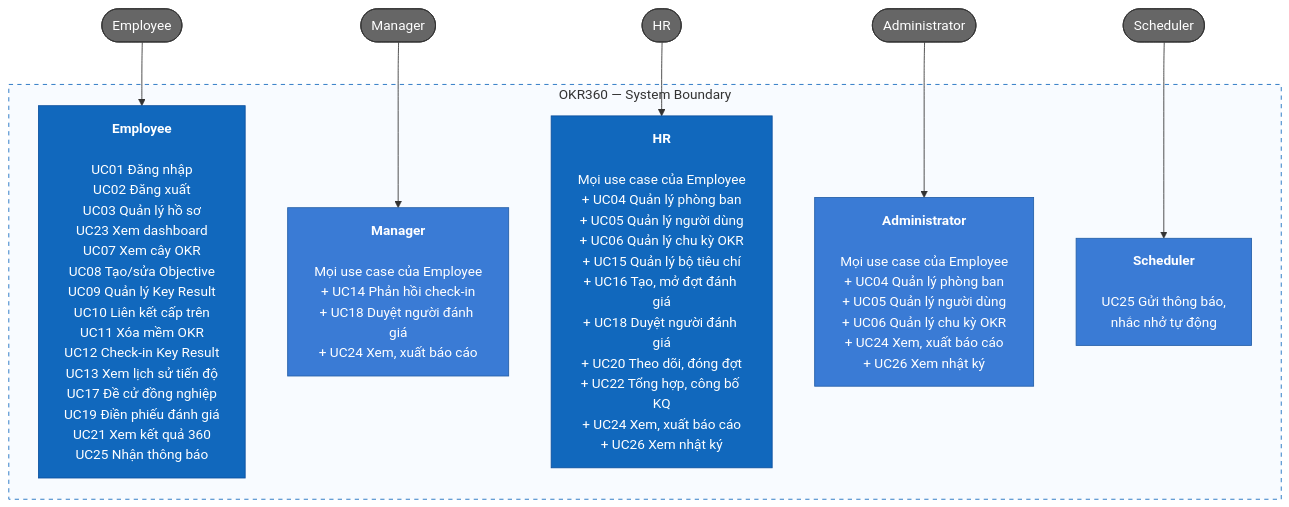
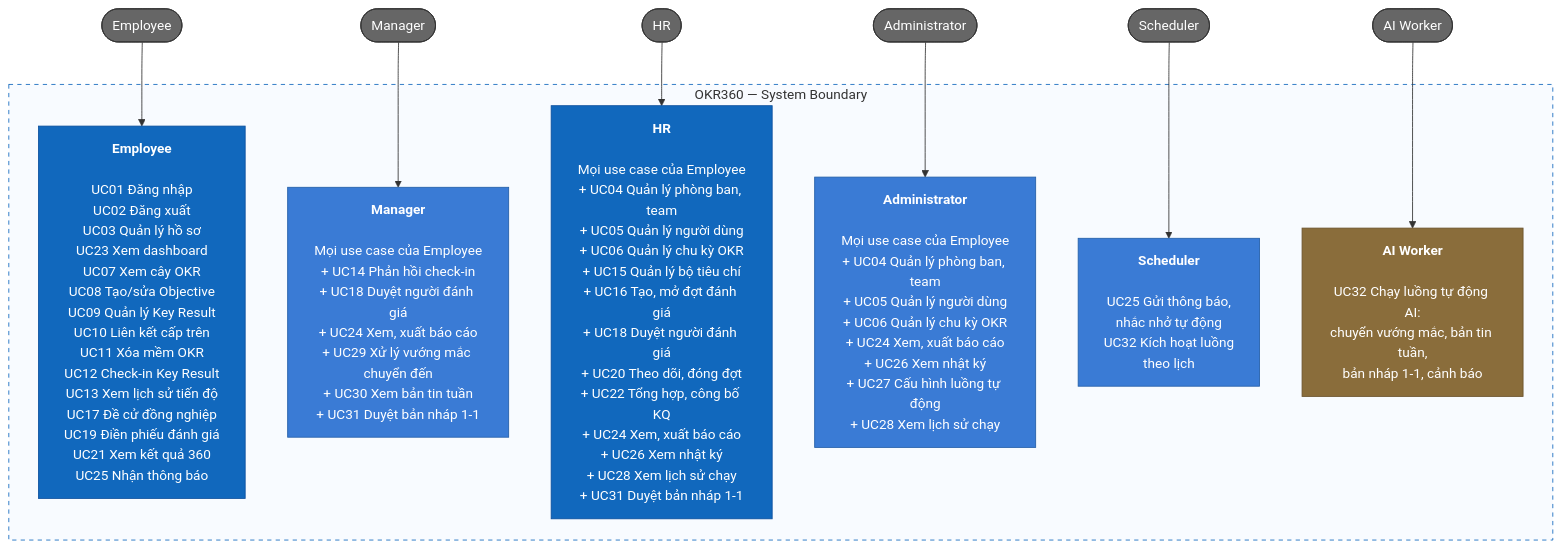
The first of 2 diagrams in README.md (Akaza-ban/OCK-360), drawn with Mermaid before and after one commit. The commit also changed other lines of this file and 74 other files, not shown here.

First line of the commit message:
docs, db, frontend: add AI automation design, database schema and step ownership

````diff
--- a/README.md
+++ b/README.md
@@ -45,30 +46,35 @@
 ```mermaid
 flowchart TB
     employee(["Employee"])
     manager(["Manager"])
     hr(["HR"])
     admin(["Administrator"])
     scheduler(["Scheduler"])
+    aiworker(["AI Worker"])
 
     subgraph system["OKR360 — System Boundary"]
         employeeCases["<b>Employee</b><br/><br/>UC01 Đăng nhập<br/>UC02 Đăng xuất<br/>UC03 Quản lý hồ sơ<br/>UC23 Xem dashboard<br/>UC07 Xem cây OKR<br/>UC08 Tạo/sửa Objective<br/>UC09 Quản lý Key Result<br/>UC10 Liên kết cấp trên<br/>UC11 Xóa mềm OKR<br/>UC12 Check-in Key Result<br/>UC13 Xem lịch sử tiến độ<br/>UC17 Đề cử đồng nghiệp<br/>UC19 Điền phiếu đánh giá<br/>UC21 Xem kết quả 360<br/>UC25 Nhận thông báo"]
-        managerCases["<b>Manager</b><br/><br/>Mọi use case của Employee<br/>+ UC14 Phản hồi check-in<br/>+ UC18 Duyệt người đánh giá<br/>+ UC24 Xem, xuất báo cáo"]
-        hrCases["<b>HR</b><br/><br/>Mọi use case của Employee<br/>+ UC04 Quản lý phòng ban<br/>+ UC05 Quản lý người dùng<br/>+ UC06 Quản lý chu kỳ OKR<br/>+ UC15 Quản lý bộ tiêu chí<br/>+ UC16 Tạo, mở đợt đánh giá<br/>+ UC18 Duyệt người đánh giá<br/>+ UC20 Theo dõi, đóng đợt<br/>+ UC22 Tổng hợp, công bố KQ<br/>+ UC24 Xem, xuất báo cáo<br/>+ UC26 Xem nhật ký"]
-        adminCases["<b>Administrator</b><br/><br/>Mọi use case của Employee<br/>+ UC04 Quản lý phòng ban<br/>+ UC05 Quản lý người dùng<br/>+ UC06 Quản lý chu kỳ OKR<br/>+ UC24 Xem, xuất báo cáo<br/>+ UC26 Xem nhật ký"]
-        schedulerCases["<b>Scheduler</b><br/><br/>UC25 Gửi thông báo,<br/>nhắc nhở tự động"]
+        managerCases["<b>Manager</b><br/><br/>Mọi use case của Employee<br/>+ UC14 Phản hồi check-in<br/>+ UC18 Duyệt người đánh giá<br/>+ UC24 Xem, xuất báo cáo<br/>+ UC29 Xử lý vướng mắc chuyển đến<br/>+ UC30 Xem bản tin tuần<br/>+ UC31 Duyệt bản nháp 1-1"]
+        hrCases["<b>HR</b><br/><br/>Mọi use case của Employee<br/>+ UC04 Quản lý phòng ban, team<br/>+ UC05 Quản lý người dùng<br/>+ UC06 Quản lý chu kỳ OKR<br/>+ UC15 Quản lý bộ tiêu chí<br/>+ UC16 Tạo, mở đợt đánh giá<br/>+ UC18 Duyệt người đánh giá<br/>+ UC20 Theo dõi, đóng đợt<br/>+ UC22 Tổng hợp, công bố KQ<br/>+ UC24 Xem, xuất báo cáo<br/>+ UC26 Xem nhật ký<br/>+ UC28 Xem lịch sử chạy<br/>+ UC31 Duyệt bản nháp 1-1"]
+        adminCases["<b>Administrator</b><br/><br/>Mọi use case của Employee<br/>+ UC04 Quản lý phòng ban, team<br/>+ UC05 Quản lý người dùng<br/>+ UC06 Quản lý chu kỳ OKR<br/>+ UC24 Xem, xuất báo cáo<br/>+ UC26 Xem nhật ký<br/>+ UC27 Cấu hình luồng tự động<br/>+ UC28 Xem lịch sử chạy"]
+        schedulerCases["<b>Scheduler</b><br/><br/>UC25 Gửi thông báo,<br/>nhắc nhở tự động<br/>UC32 Kích hoạt luồng<br/>theo lịch"]
+        aiCases["<b>AI Worker</b><br/><br/>UC32 Chạy luồng tự động AI:<br/>chuyển vướng mắc, bản tin tuần,<br/>bản nháp 1-1, cảnh báo"]
     end
 
     employee --> employeeCases
     manager --> managerCases
     hr --> hrCases
     admin --> adminCases
     scheduler --> schedulerCases
+    aiworker --> aiCases
 
     classDef actor fill:#666,color:#fff,stroke:#333
     classDef primary fill:#1168bd,color:#fff,stroke:#0b4f9e
     classDef standard fill:#3a7bd5,color:#fff,stroke:#245fa8
-    class employee,manager,hr,admin,scheduler actor
+    class employee,manager,hr,admin,scheduler,aiworker actor
     class employeeCases,hrCases primary
     class managerCases,adminCases,schedulerCases standard
+    classDef ai fill:#8a6d3b,color:#fff,stroke:#6b532c
+    class aiCases ai
     style system fill:#f8fbff,stroke:#1168bd,stroke-dasharray:5 5
 ```
````
